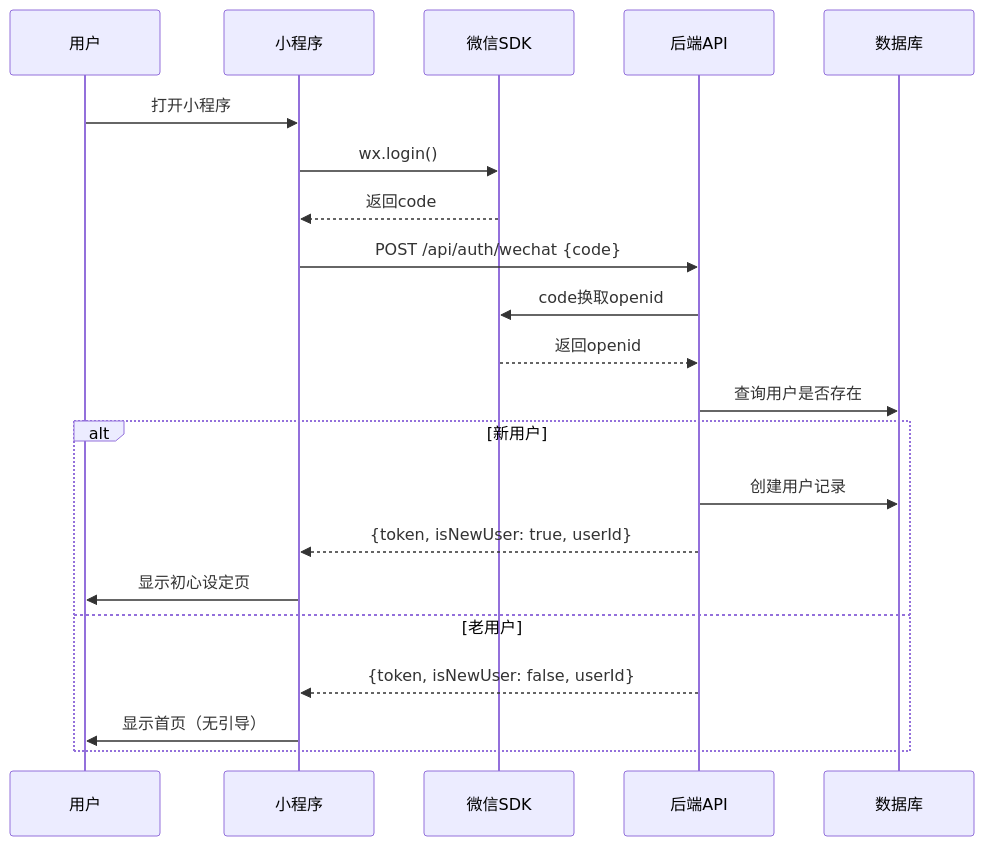
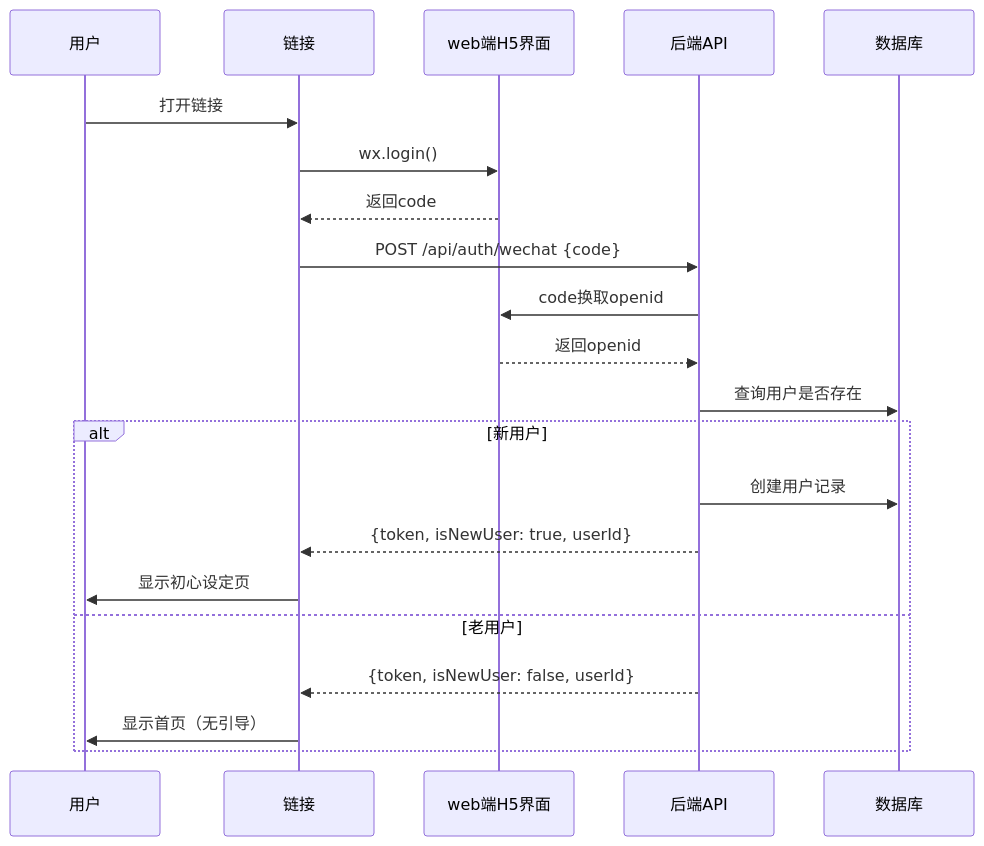
The fourth of 18 diagrams in docs/PRD/MindVest_PRD_Complete_Merged（260119新增）.md (jiya1996/Budvest), drawn with Mermaid before and after one commit. The commit also changed other lines of this file, not shown here.

````diff
--- a/docs/PRD/MindVest_PRD_Complete_Merged（260119新增）.md
+++ b/docs/PRD/MindVest_PRD_Complete_Merged（260119新增）.md
@@ -276,25 +276,25 @@
 ```mermaid
 sequenceDiagram
     participant U as 用户
-    participant MP as 小程序
-    participant WX as 微信SDK
+    participant MP as 链接
+    participant WX as web端H5界面
     participant API as 后端API
     participant DB as 数据库
 
-    U->>MP: 打开小程序
+    U->>MP: 打开链接
     MP->>WX: wx.login()
     WX-->>MP: 返回code
     MP->>API: POST /api/auth/wechat {code}
     API->>WX: code换取openid
     WX-->>API: 返回openid
     API->>DB: 查询用户是否存在
     
     alt 新用户
         API->>DB: 创建用户记录
         API-->>MP: {token, isNewUser: true, userId}
         MP->>U: 显示初心设定页
     else 老用户
         API-->>MP: {token, isNewUser: false, userId}
         MP->>U: 显示首页（无引导）
     end
 ```
````
